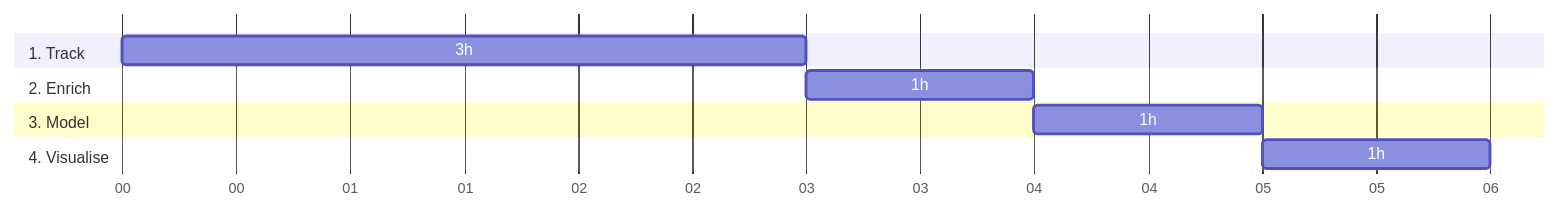
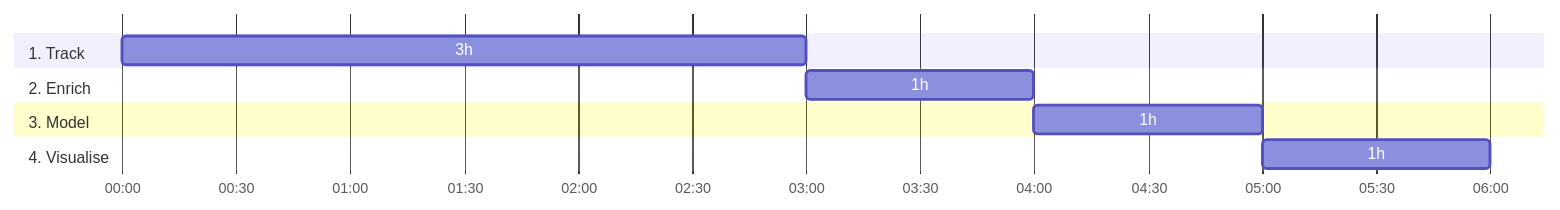
The diagram in content/_index.md (snowplow-incubator/consent-tracking-accelerator), drawn with Mermaid before and after one commit.

Commit message:
Update _index.md
Updated to amend Gantt chart based on marketing attribution Gantt chart which has 30 minute increments.

```diff
--- a/content/_index.md
+++ b/content/_index.md
@@ -40,14 +40,14 @@
 {{<mermaid>}}
 gantt
         dateFormat  HH-mm
-        axisFormat %M
+        axisFormat %H:%M
         section 1. Track
-        3h          :track, 00-00, 3m
+        3h          :track, 00-00, 3h
         section 2. Enrich
-        1h         :enrich, after track 00-00, 1m
+        1h         :enrich, after track 00-00, 1h
         section 3. Model
-        1h          :model, after enrich, 1m
+        1h          :model, after enrich, 1h
         section 4. Visualise
-        1h          :visualise, after model, 1m
+        1h          :visualise, after model, 1h
 
 {{</mermaid >}}
```
